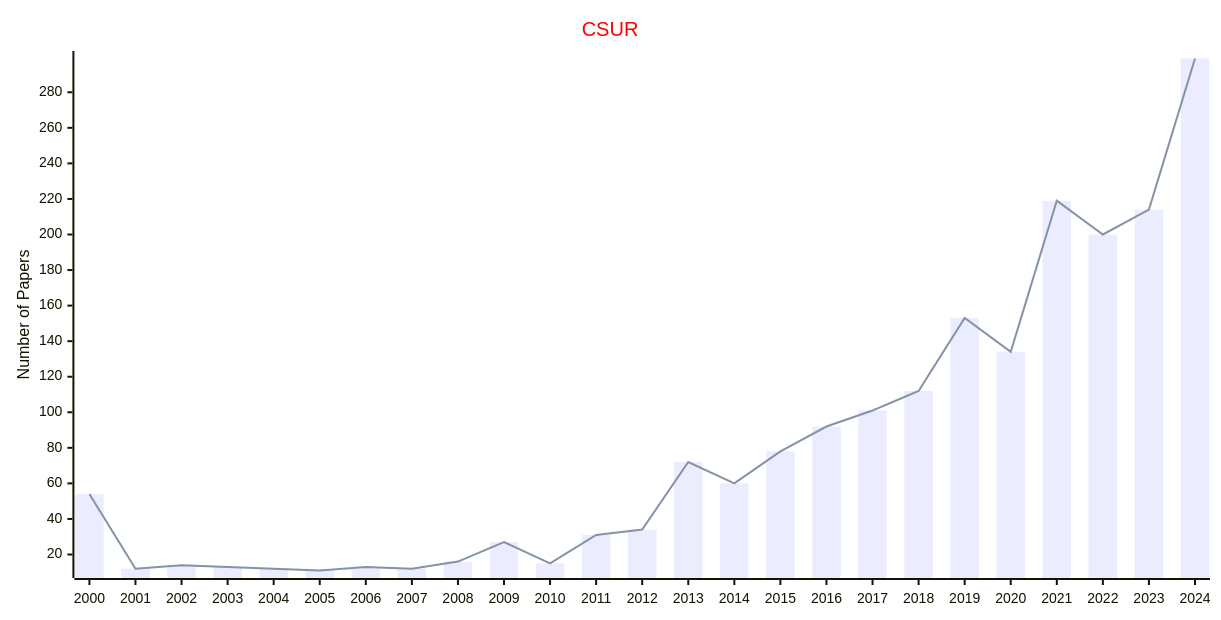
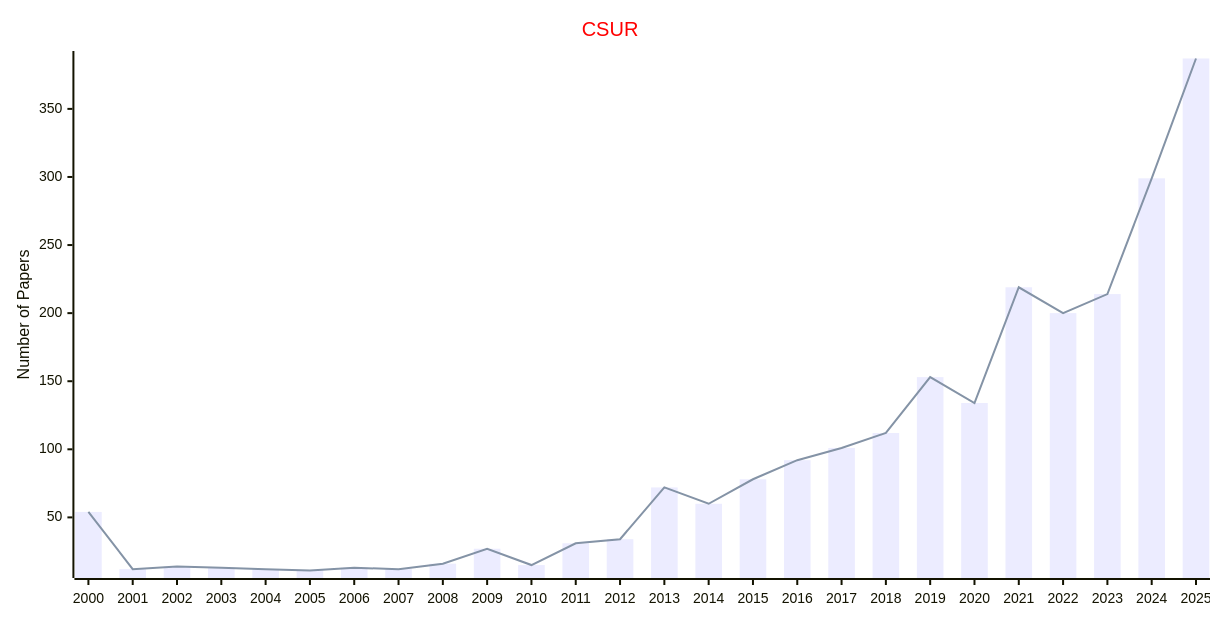
Before and after one commit to Easy-PhD/AILinks: the first of 10 diagrams in docs/data/Journals/Statistics_Journals/Review_and_Survey.md, drawn with Mermaid. The commit also changed other lines of this file and 93 other files, not shown here.

````diff
--- a/docs/data/Journals/Statistics_Journals/Review_and_Survey.md
+++ b/docs/data/Journals/Statistics_Journals/Review_and_Survey.md
@@ -9,17 +9,17 @@
 ```mermaid
 ---
 config:
     xyChart:
         width: 1200
         height: 600
     themeVariables:
         xyChart:
             titleColor: "#ff0000"
 ---
 xychart-beta
     title "CSUR"
-    x-axis [2000, 2001, 2002, 2003, 2004, 2005, 2006, 2007, 2008, 2009, 2010, 2011, 2012, 2013, 2014, 2015, 2016, 2017, 2018, 2019, 2020, 2021, 2022, 2023, 2024]
+    x-axis [2000, 2001, 2002, 2003, 2004, 2005, 2006, 2007, 2008, 2009, 2010, 2011, 2012, 2013, 2014, 2015, 2016, 2017, 2018, 2019, 2020, 2021, 2022, 2023, 2024, 2025]
     y-axis "Number of Papers"
-    bar [54, 12, 14, 13, 12, 11, 13, 12, 16, 27, 15, 31, 34, 72, 60, 78, 92, 101, 112, 153, 134, 219, 200, 214, 299]
-    line [54, 12, 14, 13, 12, 11, 13, 12, 16, 27, 15, 31, 34, 72, 60, 78, 92, 101, 112, 153, 134, 219, 200, 214, 299]
+    bar [54, 12, 14, 13, 12, 11, 13, 12, 16, 27, 15, 31, 34, 72, 60, 78, 92, 101, 112, 153, 134, 219, 200, 214, 299, 387]
+    line [54, 12, 14, 13, 12, 11, 13, 12, 16, 27, 15, 31, 34, 72, 60, 78, 92, 101, 112, 153, 134, 219, 200, 214, 299, 387]
 ```
````
